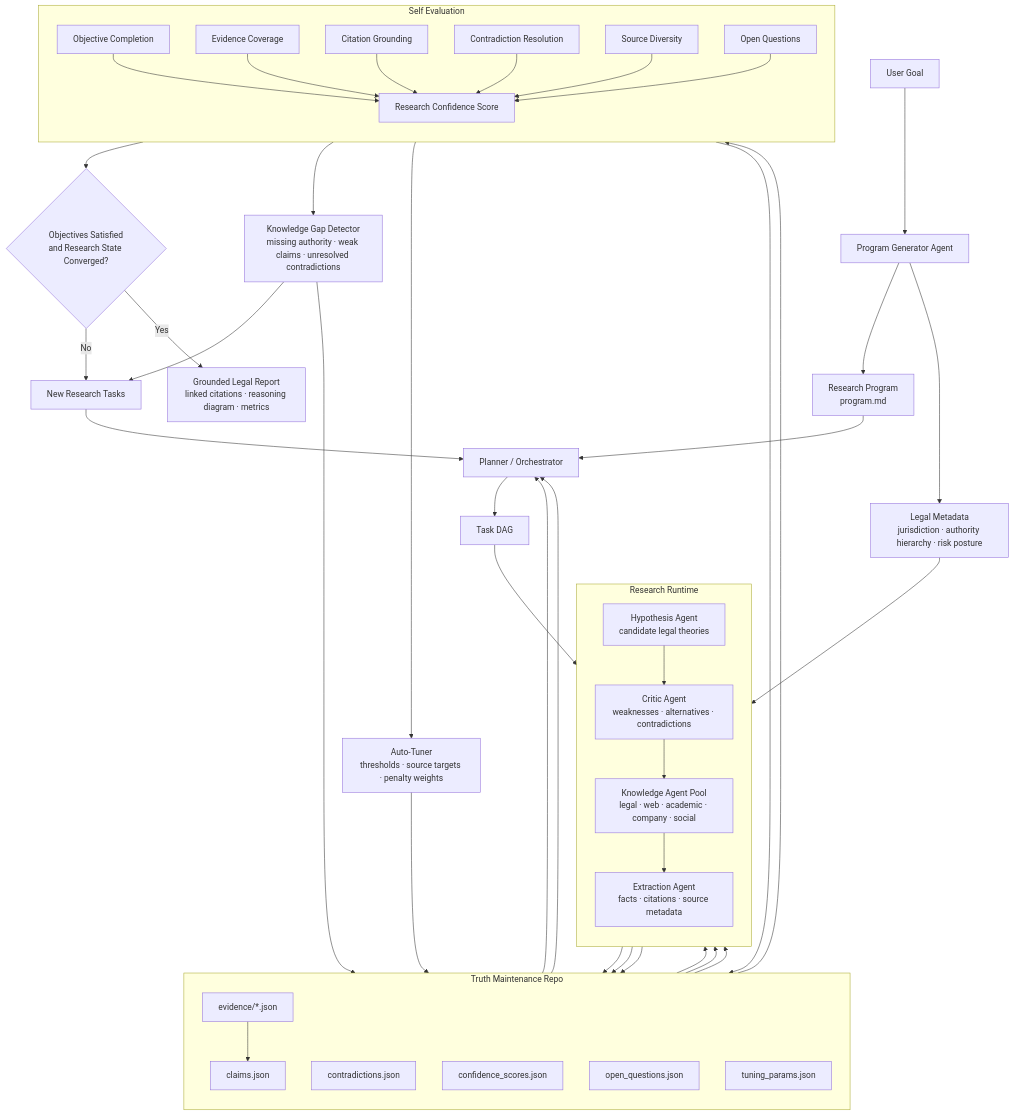
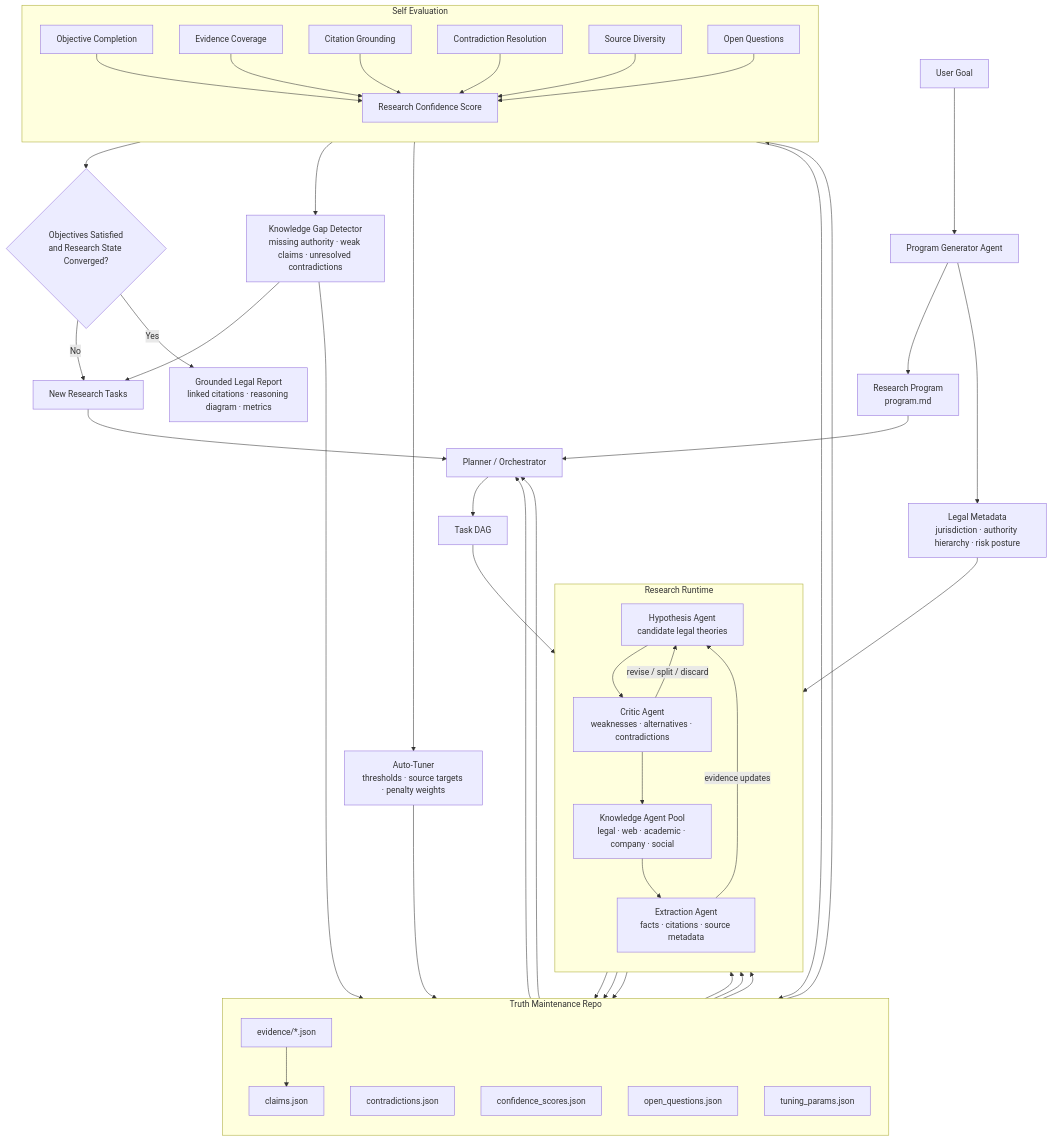
Before and after one commit to karthikeyaparunandi/legal-autoresearch-os: the second of 2 diagrams in README.md, drawn with Mermaid. The commit also changed other lines of this file, not shown here.

Commit message:
Show hypothesis refinement feedback loop

````diff
--- a/README.md
+++ b/README.md
@@ -37,75 +37,77 @@
 ```mermaid
 flowchart TD
     goal["User Goal"] --> generator["Program Generator Agent"]
     generator --> program["Research Program<br/>program.md"]
     generator --> legalMeta["Legal Metadata<br/>jurisdiction · authority hierarchy · risk posture"]
 
     program --> planner["Planner / Orchestrator"]
     planner --> tasks["Task DAG"]
 
     subgraph runtime["Research Runtime"]
         direction TB
         hypotheses["Hypothesis Agent<br/>candidate legal theories"]
         critic["Critic Agent<br/>weaknesses · alternatives · contradictions"]
         knowledge["Knowledge Agent Pool<br/>legal · web · academic · company · social"]
         extraction["Extraction Agent<br/>facts · citations · source metadata"]
         hypotheses --> critic
         critic --> knowledge
         knowledge --> extraction
+        extraction -- "evidence updates" --> hypotheses
+        critic -- "revise / split / discard" --> hypotheses
     end
 
     tasks --> hypotheses
     legalMeta --> knowledge
 
     subgraph truth["Truth Maintenance Repo"]
         direction TB
         repoClaims["claims.json"]
         repoEvidence["evidence/*.json"]
         repoContradictions["contradictions.json"]
         repoConfidence["confidence_scores.json"]
         repoQuestions["open_questions.json"]
         repoTuning["tuning_params.json"]
     end
 
     hypotheses --> repoClaims
     critic --> repoContradictions
     extraction --> repoEvidence
     repoEvidence --> repoClaims
     repoClaims --> critic
     repoContradictions --> critic
     repoQuestions --> planner
     repoTuning --> planner
     repoTuning --> critic
 
     subgraph evaluator["Self Evaluation"]
         direction TB
         objective["Objective Completion"]
         coverage["Evidence Coverage"]
         grounding["Citation Grounding"]
         contradictionScore["Contradiction Resolution"]
         diversity["Source Diversity"]
         openQ["Open Questions"]
         confidence["Research Confidence Score"]
         objective --> confidence
         coverage --> confidence
         grounding --> confidence
         contradictionScore --> confidence
         diversity --> confidence
         openQ --> confidence
     end
 
     truth --> evaluator
     confidence --> repoConfidence
 
     evaluator --> gaps["Knowledge Gap Detector<br/>missing authority · weak claims · unresolved contradictions"]
     gaps --> repoQuestions
     gaps --> newTasks["New Research Tasks"]
     newTasks --> planner
 
     evaluator --> tuner["Auto-Tuner<br/>thresholds · source targets · penalty weights"]
     tuner --> repoTuning
 
     confidence --> converged{"Objectives Satisfied<br/>and Research State Converged?"}
     converged -- "No" --> newTasks
     converged -- "Yes" --> report["Grounded Legal Report<br/>linked citations · reasoning diagram · metrics"]
 ```
````
